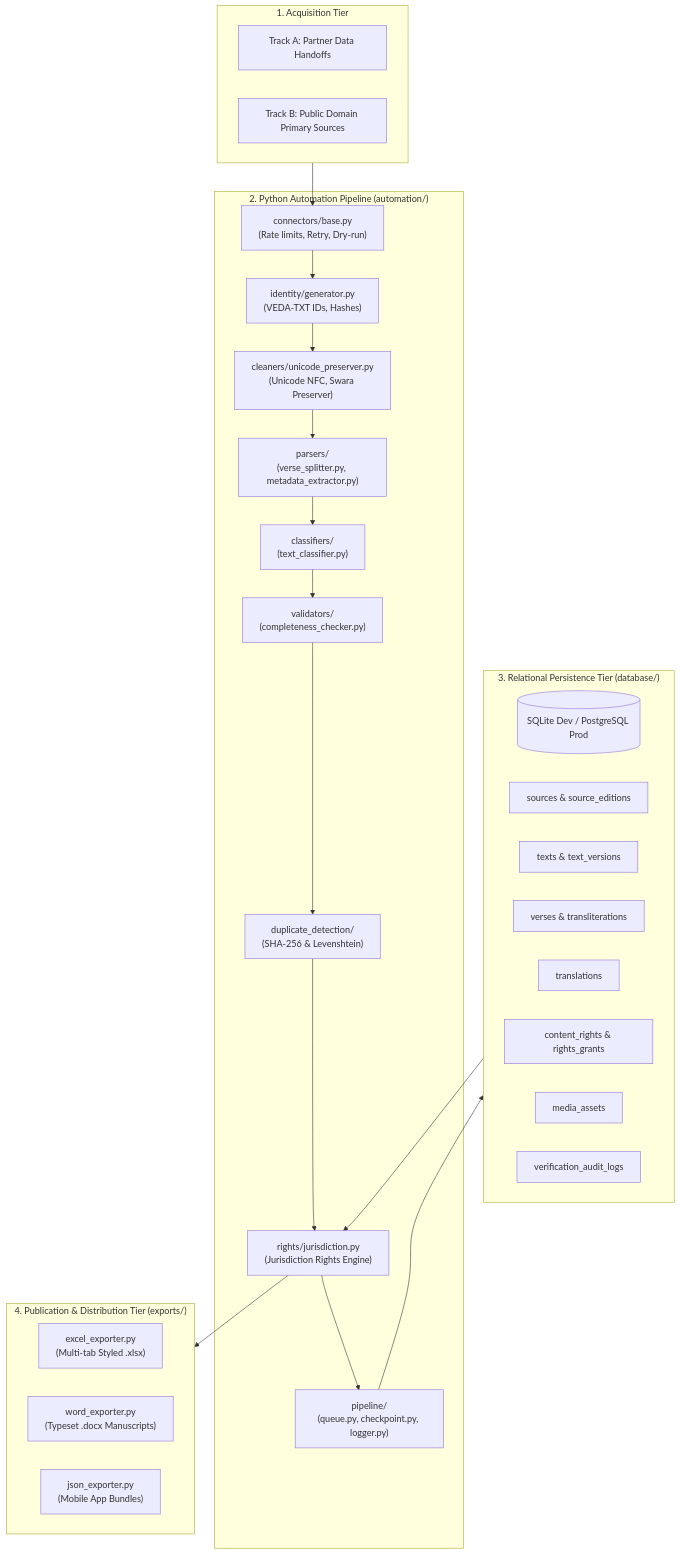
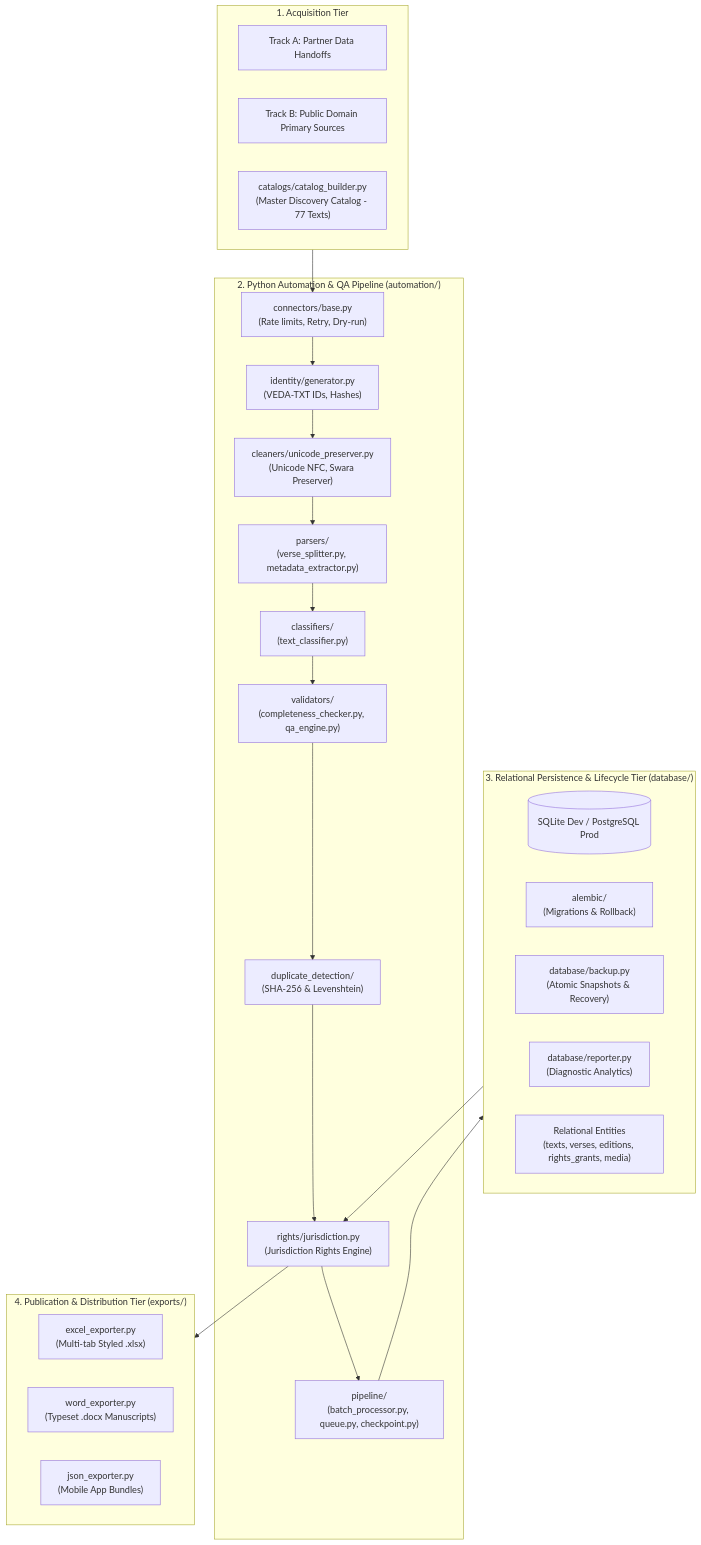
Before and after one commit to thegr8gv1/vedam: the diagram in documentation/architecture/SYSTEM_ARCHITECTURE.md, drawn with Mermaid. The commit also changed other lines of this file and 23 other files, not shown here.

Commit message:
Complete Phase 3: Database maturity with Alembic & backups, 77-composition master devotional discovery catalog, 7-layer provenance register, QA engine with 12 lifecycle stages, multilingual/Tamil analysis, batch ingestion engine, and 45 automated tests

````diff
--- a/documentation/architecture/SYSTEM_ARCHITECTURE.md
+++ b/documentation/architecture/SYSTEM_ARCHITECTURE.md
@@ -15,41 +16,39 @@
 ```mermaid
 flowchart TD
     subgraph Acquisition ["1. Acquisition Tier"]
         TA["Track A: Partner Data Handoffs"]
         TB["Track B: Public Domain Primary Sources"]
+        CAT["catalogs/catalog_builder.py<br>(Master Discovery Catalog - 77 Texts)"]
     end
 
-    subgraph Automation ["2. Python Automation Pipeline (automation/)"]
+    subgraph Automation ["2. Python Automation & QA Pipeline (automation/)"]
         P0["connectors/base.py<br>(Rate limits, Retry, Dry-run)"]
         P1["identity/generator.py<br>(VEDA-TXT IDs, Hashes)"]
         P2["cleaners/unicode_preserver.py<br>(Unicode NFC, Swara Preserver)"]
         P3["parsers/<br>(verse_splitter.py, metadata_extractor.py)"]
         P4["classifiers/<br>(text_classifier.py)"]
-        P5["validators/<br>(completeness_checker.py)"]
+        P5["validators/<br>(completeness_checker.py, qa_engine.py)"]
         P6["duplicate_detection/<br>(SHA-256 & Levenshtein)"]
         P7["rights/jurisdiction.py<br>(Jurisdiction Rights Engine)"]
-        P8["pipeline/<br>(queue.py, checkpoint.py, logger.py)"]
+        P8["pipeline/<br>(batch_processor.py, queue.py, checkpoint.py)"]
     end
 
-    subgraph DataStorage ["3. Relational Persistence Tier (database/)"]
+    subgraph DataStorage ["3. Relational Persistence & Lifecycle Tier (database/)"]
         DB[(SQLite Dev / PostgreSQL Prod)]
-        T_SRC["sources & source_editions"]
-        T_TXT["texts & text_versions"]
-        T_VRS["verses & transliterations"]
-        T_TRN["translations"]
-        T_RGT["content_rights & rights_grants"]
-        T_MDA["media_assets"]
-        T_LOG["verification_audit_logs"]
+        ALEMBIC["alembic/<br>(Migrations & Rollback)"]
+        BACKUP["database/backup.py<br>(Atomic Snapshots & Recovery)"]
+        REPORT["database/reporter.py<br>(Diagnostic Analytics)"]
+        T_ENTITIES["Relational Entities<br>(texts, verses, editions, rights_grants, media)"]
     end
 
     subgraph ExportTier ["4. Publication & Distribution Tier (exports/)"]
         EX_XLS["excel_exporter.py<br>(Multi-tab Styled .xlsx)"]
         EX_DOC["word_exporter.py<br>(Typeset .docx Manuscripts)"]
         EX_JSN["json_exporter.py<br>(Mobile App Bundles)"]
     end
 
     Acquisition --> P0 --> P1 --> P2 --> P3 --> P4 --> P5 --> P6 --> P7 --> P8
     P8 --> DataStorage
     DataStorage --> P7
     P7 --> ExportTier
 ```
````
